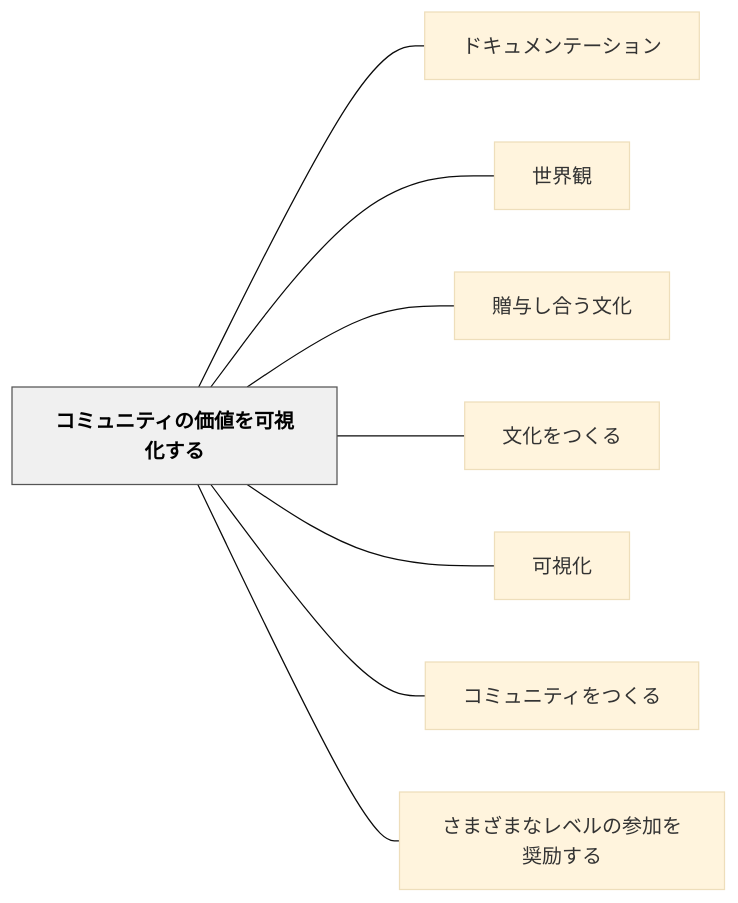
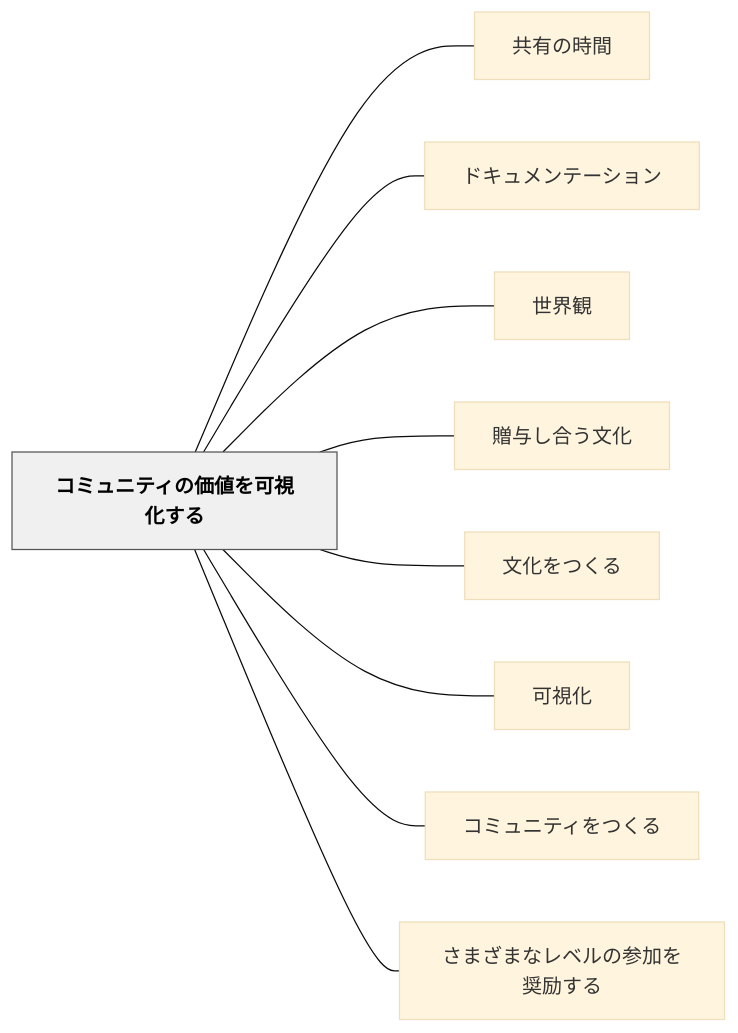
Before and after one commit to unknownthings-ed-patterns/unknownthings-ed-patterns: the diagram in content/パタン/コミュニティの価値を可視化する.md, drawn with Mermaid (base theme). The commit also changed other lines of this file and 47 other files, not shown here.

````diff
--- a/content/パタン/コミュニティの価値を可視化する.md
+++ b/content/パタン/コミュニティの価値を可視化する.md
@@ -56,22 +57,24 @@
 ```mermaid
 flowchart LR
     ne382b3e3839fe383a5e3838be38386e382a3e381aee4bea1e580a4e38292e58fafe8a696e58c96e38199e3828b["コミュニティの価値を可視化する"]
+    ne585b1e69c89e381aee69982e99693["共有の時間"]
     ne38389e382ade383a5e383a1e383b3e38386e383bce382b7e383a7e383b3["ドキュメンテーション"]
     ne4b896e7958ce8a6b3["世界観"]
     ne8b488e4b88ee38197e59088e38186e69687e58c96["贈与し合う文化"]
     ne69687e58c96e38292e381a4e3818fe3828b["文化をつくる"]
     ne58fafe8a696e58c96["可視化"]
     ne382b3e3839fe383a5e3838be38386e382a3e38292e381a4e3818fe3828b["コミュニティをつくる"]
     ne38195e381bee38196e381bee381aae383ace38399e383abe381aee58f82e58aa0e38292e5a5a8e58ab1e38199e3828b["さまざまなレベルの参加を奨励する"]
 
+    ne382b3e3839fe383a5e3838be38386e382a3e381aee4bea1e580a4e38292e58fafe8a696e58c96e38199e3828b --- ne585b1e69c89e381aee69982e99693
     ne382b3e3839fe383a5e3838be38386e382a3e381aee4bea1e580a4e38292e58fafe8a696e58c96e38199e3828b --- ne38389e382ade383a5e383a1e383b3e38386e383bce382b7e383a7e383b3
     ne382b3e3839fe383a5e3838be38386e382a3e381aee4bea1e580a4e38292e58fafe8a696e58c96e38199e3828b --- ne4b896e7958ce8a6b3
     ne382b3e3839fe383a5e3838be38386e382a3e381aee4bea1e580a4e38292e58fafe8a696e58c96e38199e3828b --- ne8b488e4b88ee38197e59088e38186e69687e58c96
     ne382b3e3839fe383a5e3838be38386e382a3e381aee4bea1e580a4e38292e58fafe8a696e58c96e38199e3828b --- ne69687e58c96e38292e381a4e3818fe3828b
     ne382b3e3839fe383a5e3838be38386e382a3e381aee4bea1e580a4e38292e58fafe8a696e58c96e38199e3828b --- ne58fafe8a696e58c96
     ne382b3e3839fe383a5e3838be38386e382a3e381aee4bea1e580a4e38292e58fafe8a696e58c96e38199e3828b --- ne382b3e3839fe383a5e3838be38386e382a3e38292e381a4e3818fe3828b
     ne382b3e3839fe383a5e3838be38386e382a3e381aee4bea1e580a4e38292e58fafe8a696e58c96e38199e3828b --- ne38195e381bee38196e381bee381aae383ace38399e383abe381aee58f82e58aa0e38292e5a5a8e58ab1e38199e3828b
 
     classDef hub fill:#f0f0f0,stroke:#555,color:#000,font-weight:bold
     class ne382b3e3839fe383a5e3838be38386e382a3e381aee4bea1e580a4e38292e58fafe8a696e58c96e38199e3828b hub
 ```
````
